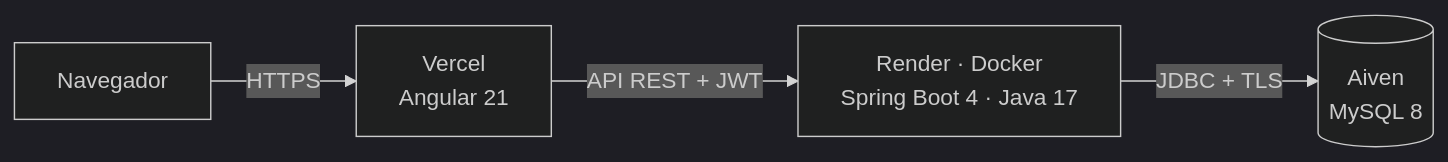
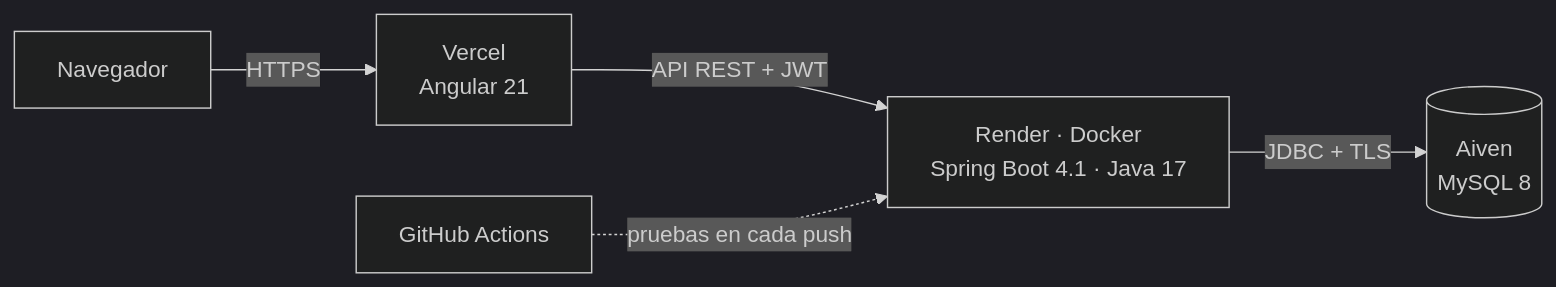
Before and after one commit to Chocax/horarios-ueb-sistema: the third of 4 diagrams in README.md, drawn with Mermaid (dark theme). The commit also changed other lines of this file and 36 other files, not shown here.

Commit message:
docs: add phase 1 deliverables, diagrams, test plans, and CI workflow, update readme

````diff
--- a/README.md
+++ b/README.md
@@ -23,6 +179,7 @@
 ```mermaid
 flowchart LR
     U[Navegador] -->|HTTPS| V[Vercel<br>Angular 21]
-    V -->|API REST + JWT| R[Render · Docker<br>Spring Boot 4 · Java 17]
+    V -->|API REST + JWT| R[Render · Docker<br>Spring Boot 4.1 · Java 17]
     R -->|JDBC + TLS| A[(Aiven<br>MySQL 8)]
+    GH[GitHub Actions] -. pruebas en cada push .-> R
 ```
````
